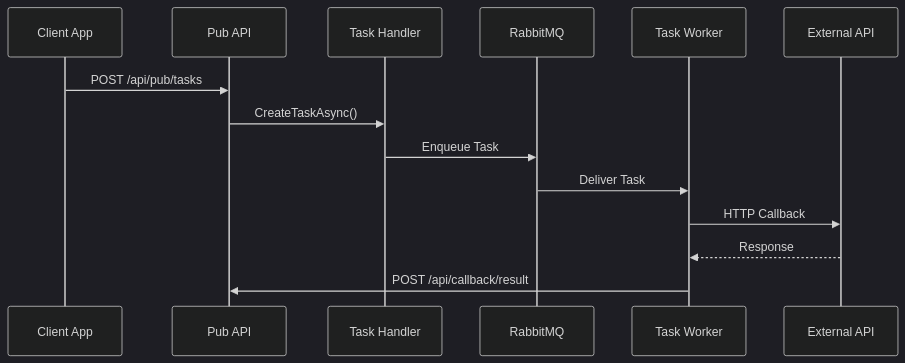
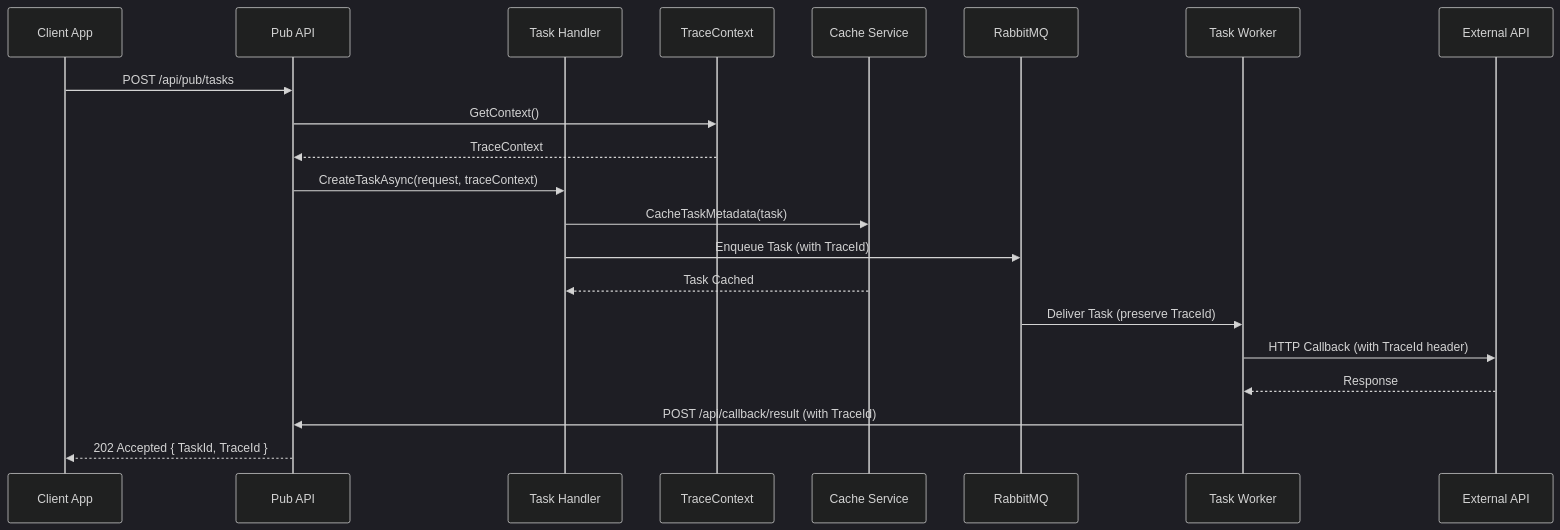
One commit to yaochangyu/eventbus-platform changed the fourth of 9 diagrams in .specs/design.md. Above: the diagram before and after it, drawn with Mermaid (dark theme). The commit also changed other lines of this file and 1 other file, not shown here.

First line of the commit message:
📊 feat(design): 擴展 EventBus Platform 循序圖設計文檔

````diff
--- a/.specs/design.md
+++ b/.specs/design.md
@@ -283,17 +289,24 @@
 ```mermaid
 sequenceDiagram
     participant Client as Client App
     participant API as Pub API
     participant Handler as Task Handler
+    participant TraceCtx as TraceContext
+    participant Cache as Cache Service
     participant Broker as RabbitMQ
     participant Worker as Task Worker
     participant External as External API
 
     Client->>API: POST /api/pub/tasks
-    API->>Handler: CreateTaskAsync()
-    Handler->>Broker: Enqueue Task
-    Broker->>Worker: Deliver Task
-    Worker->>External: HTTP Callback
+    API->>TraceCtx: GetContext()
+    TraceCtx-->>API: TraceContext
+    API->>Handler: CreateTaskAsync(request, traceContext)
+    Handler->>Cache: CacheTaskMetadata(task)
+    Handler->>Broker: Enqueue Task (with TraceId)
+    Cache-->>Handler: Task Cached
+    Broker->>Worker: Deliver Task (preserve TraceId)
+    Worker->>External: HTTP Callback (with TraceId header)
     External-->>Worker: Response
-    Worker->>API: POST /api/callback/result
+    Worker->>API: POST /api/callback/result (with TraceId)
+    API-->>Client: 202 Accepted { TaskId, TraceId }
 ```
````
